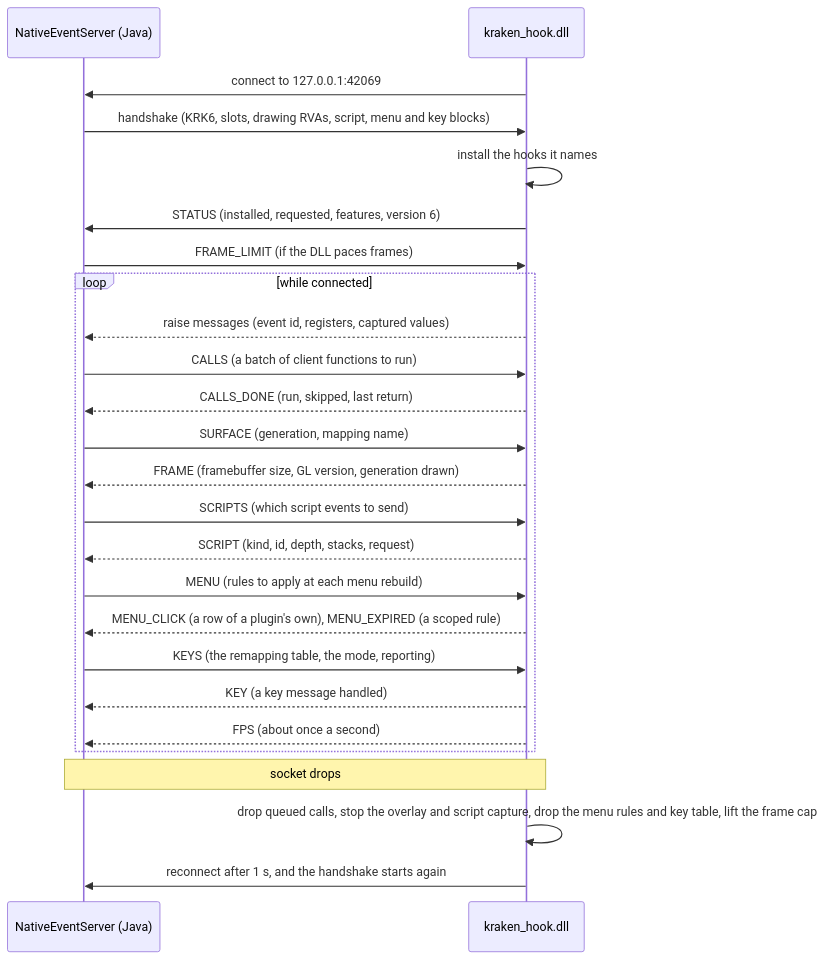
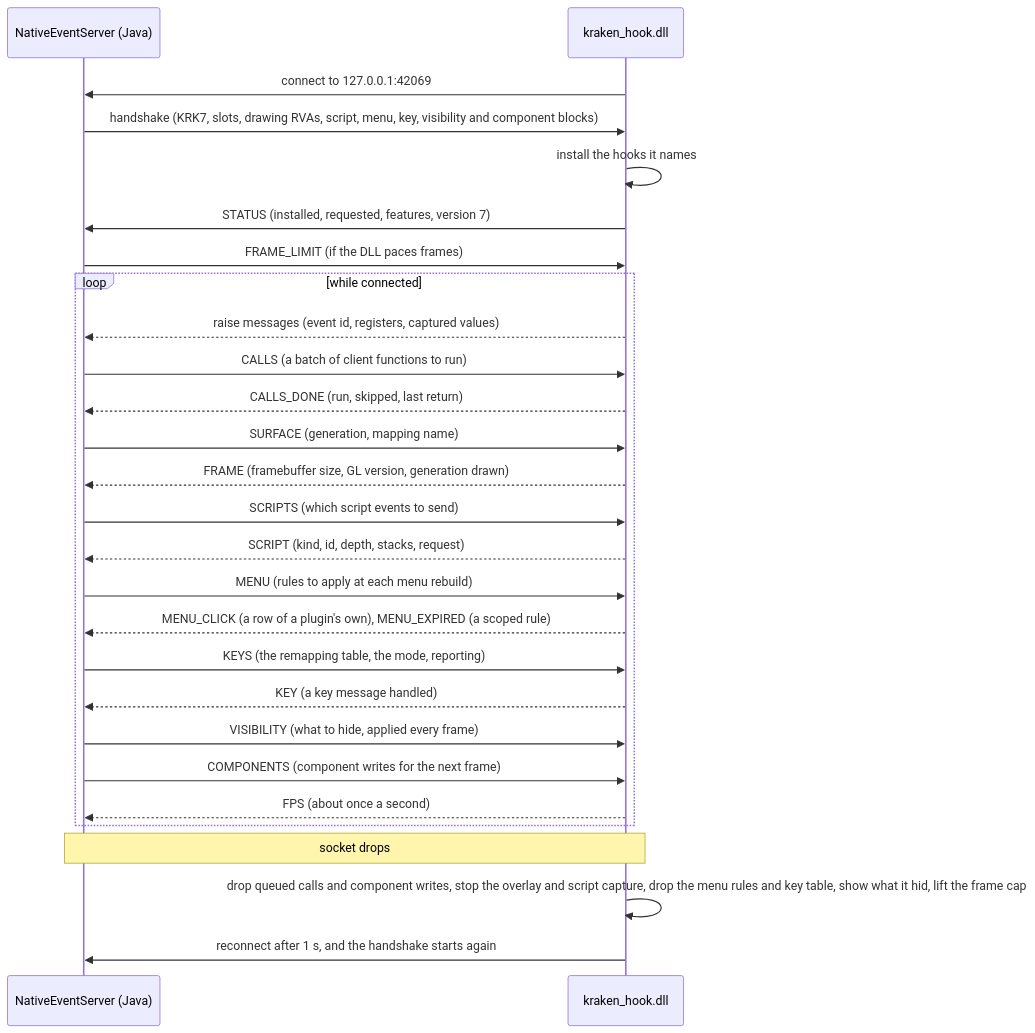
Before and after one commit to Kraken-Plugins/kraken-native: the diagram in docs/developer/native-protocol.md, drawn with Mermaid. The commit also changed other lines of this file and 107 other files, not shown here.

````diff
--- a/docs/developer/native-protocol.md
+++ b/docs/developer/native-protocol.md
@@ -16,27 +16,29 @@
 ```mermaid
 sequenceDiagram
     participant J as NativeEventServer (Java)
     participant D as kraken_hook.dll
     D->>J: connect to 127.0.0.1:42069
-    J->>D: handshake (KRK6, slots, drawing RVAs, script, menu and key blocks)
+    J->>D: handshake (KRK7, slots, drawing RVAs, script, menu, key, visibility and component blocks)
     D->>D: install the hooks it names
-    D->>J: STATUS (installed, requested, features, version 6)
+    D->>J: STATUS (installed, requested, features, version 7)
     J->>D: FRAME_LIMIT (if the DLL paces frames)
     loop while connected
         D-->>J: raise messages (event id, registers, captured values)
         J->>D: CALLS (a batch of client functions to run)
         D-->>J: CALLS_DONE (run, skipped, last return)
         J->>D: SURFACE (generation, mapping name)
         D-->>J: FRAME (framebuffer size, GL version, generation drawn)
         J->>D: SCRIPTS (which script events to send)
         D-->>J: SCRIPT (kind, id, depth, stacks, request)
         J->>D: MENU (rules to apply at each menu rebuild)
         D-->>J: MENU_CLICK (a row of a plugin's own), MENU_EXPIRED (a scoped rule)
         J->>D: KEYS (the remapping table, the mode, reporting)
         D-->>J: KEY (a key message handled)
+        J->>D: VISIBILITY (what to hide, applied every frame)
+        J->>D: COMPONENTS (component writes for the next frame)
         D-->>J: FPS (about once a second)
     end
     Note over J,D: socket drops
-    D->>D: drop queued calls, stop the overlay and script capture, drop the menu rules and key table, lift the frame cap
+    D->>D: drop queued calls and component writes, stop the overlay and script capture, drop the menu rules and key table, show what it hid, lift the frame cap
     D->>J: reconnect after 1 s, and the handshake starts again
 ```
````
